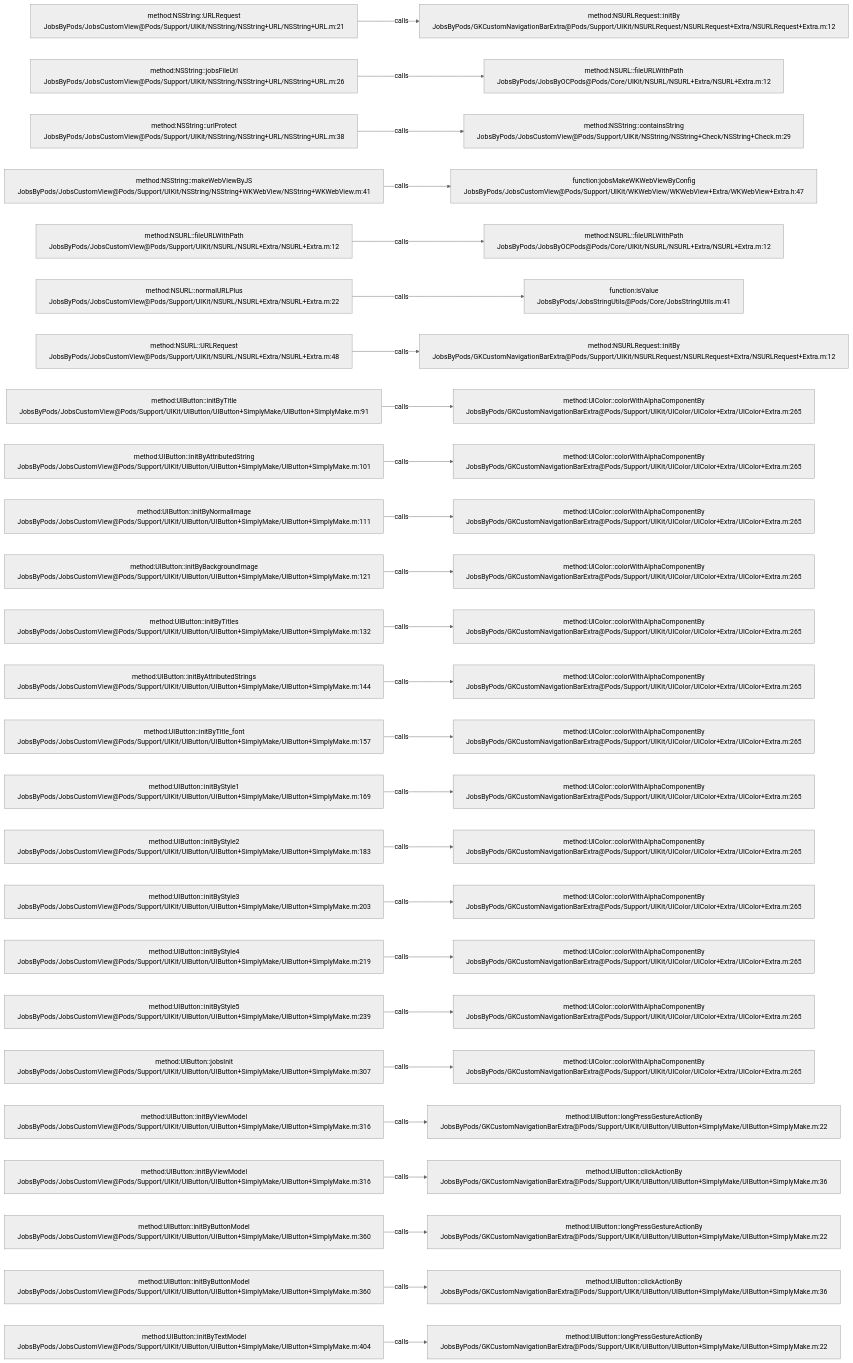
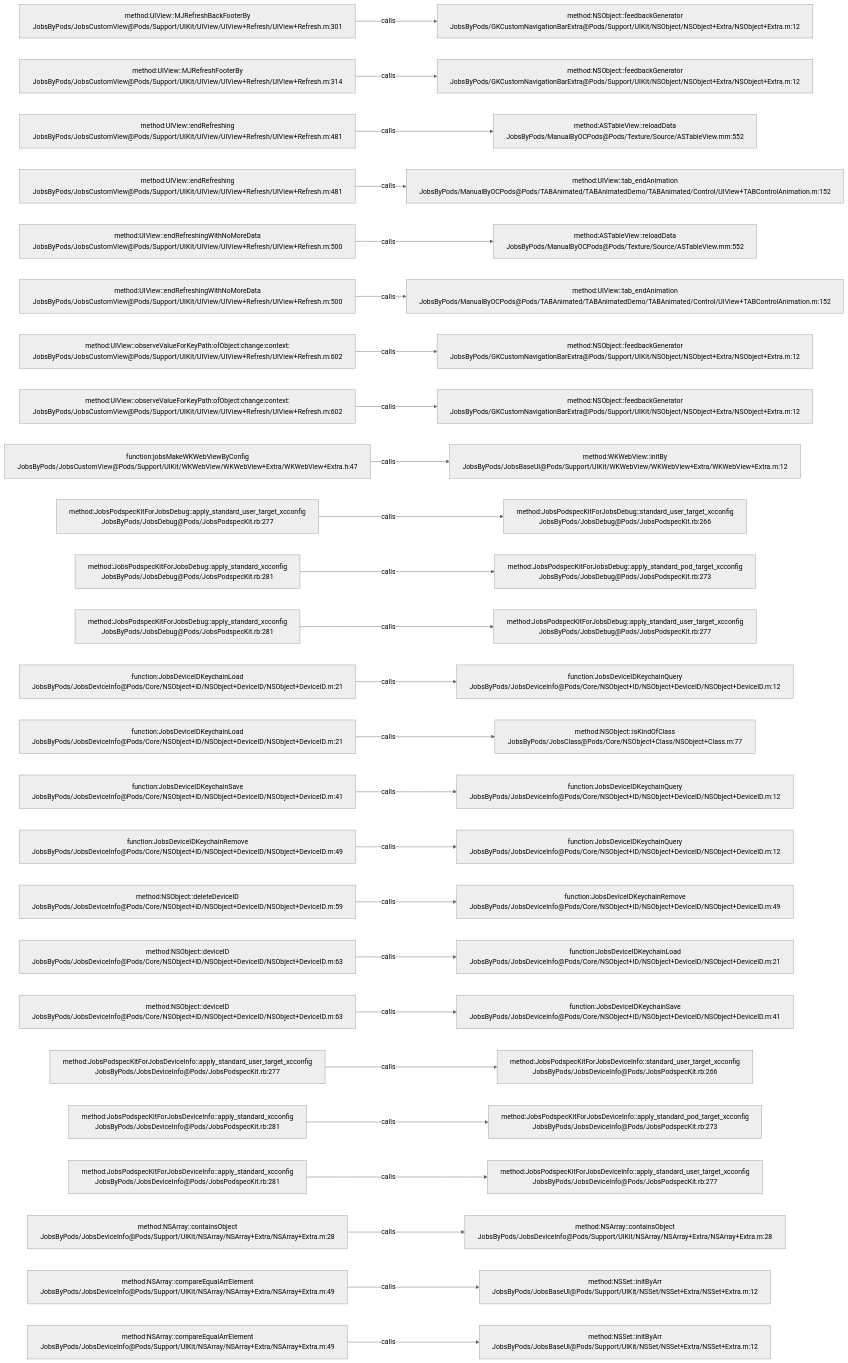
One commit to JobsKits/JobsOCBaseConfigDemo changed the diagram in .codegraph/codegraph.md/graphs/calls-088.md. Above: the diagram before and after it, drawn with Mermaid (neutral theme). The commit also changed 639 other files, not shown here.

````diff
--- a/.codegraph/codegraph.md/graphs/calls-088.md
+++ b/.codegraph/codegraph.md/graphs/calls-088.md
@@ -13,78 +13,78 @@
 ```mermaid
 flowchart LR
-  S1["method:NSString::URLRequest<br/>JobsByPods/JobsCustomView@Pods/Support/UIKit/NSString/NSString+URL/NSString+URL.m:21"]
-  T1["method:NSURLRequest::initBy<br/>JobsByPods/GKCustomNavigationBarExtra@Pods/Support/UIKit/NSURLRequest/NSURLRequest+Extra/NSURLRequest+Extra.m:12"]
+  S1["method:UIView::MJRefreshBackFooterBy<br/>JobsByPods/JobsCustomView@Pods/Support/UIKit/UIView/UIView+Refresh/UIView+Refresh.m:301"]
+  T1["method:NSObject::feedbackGenerator<br/>JobsByPods/GKCustomNavigationBarExtra@Pods/Support/UIKit/NSObject/NSObject+Extra/NSObject+Extra.m:12"]
   S1 -->|calls| T1
-  S2["method:NSString::jobsFileUrl<br/>JobsByPods/JobsCustomView@Pods/Support/UIKit/NSString/NSString+URL/NSString+URL.m:26"]
-  T2["method:NSURL::fileURLWithPath<br/>JobsByPods/JobsByOCPods@Pods/Core/UIKit/NSURL/NSURL+Extra/NSURL+Extra.m:12"]
+  S2["method:UIView::MJRefreshFooterBy<br/>JobsByPods/JobsCustomView@Pods/Support/UIKit/UIView/UIView+Refresh/UIView+Refresh.m:314"]
+  T2["method:NSObject::feedbackGenerator<br/>JobsByPods/GKCustomNavigationBarExtra@Pods/Support/UIKit/NSObject/NSObject+Extra/NSObject+Extra.m:12"]
   S2 -->|calls| T2
-  S3["method:NSString::urlProtect<br/>JobsByPods/JobsCustomView@Pods/Support/UIKit/NSString/NSString+URL/NSString+URL.m:38"]
-  T3["method:NSString::containsString<br/>JobsByPods/JobsCustomView@Pods/Support/UIKit/NSString/NSString+Check/NSString+Check.m:29"]
+  S3["method:UIView::endRefreshing<br/>JobsByPods/JobsCustomView@Pods/Support/UIKit/UIView/UIView+Refresh/UIView+Refresh.m:481"]
+  T3["method:ASTableView::reloadData<br/>JobsByPods/ManualByOCPods@Pods/Texture/Source/ASTableView.mm:552"]
   S3 -->|calls| T3
-  S4["method:NSString::makeWebViewByJS<br/>JobsByPods/JobsCustomView@Pods/Support/UIKit/NSString/NSString+WKWebView/NSString+WKWebView.m:41"]
-  T4["function:jobsMakeWKWebViewByConfig<br/>JobsByPods/JobsCustomView@Pods/Support/UIKit/WKWebView/WKWebView+Extra/WKWebView+Extra.h:47"]
+  S4["method:UIView::endRefreshing<br/>JobsByPods/JobsCustomView@Pods/Support/UIKit/UIView/UIView+Refresh/UIView+Refresh.m:481"]
+  T4["method:UIView::tab_endAnimation<br/>JobsByPods/ManualByOCPods@Pods/TABAnimated/TABAnimatedDemo/TABAnimated/Control/UIView+TABControlAnimation.m:152"]
   S4 -->|calls| T4
-  S5["method:NSURL::fileURLWithPath<br/>JobsByPods/JobsCustomView@Pods/Support/UIKit/NSURL/NSURL+Extra/NSURL+Extra.m:12"]
-  T5["method:NSURL::fileURLWithPath<br/>JobsByPods/JobsByOCPods@Pods/Core/UIKit/NSURL/NSURL+Extra/NSURL+Extra.m:12"]
+  S5["method:UIView::endRefreshingWithNoMoreData<br/>JobsByPods/JobsCustomView@Pods/Support/UIKit/UIView/UIView+Refresh/UIView+Refresh.m:500"]
+  T5["method:ASTableView::reloadData<br/>JobsByPods/ManualByOCPods@Pods/Texture/Source/ASTableView.mm:552"]
   S5 -->|calls| T5
-  S6["method:NSURL::normalURLPlus<br/>JobsByPods/JobsCustomView@Pods/Support/UIKit/NSURL/NSURL+Extra/NSURL+Extra.m:22"]
-  T6["function:isValue<br/>JobsByPods/JobsStringUtils@Pods/Core/JobsStringUtils.m:41"]
+  S6["method:UIView::endRefreshingWithNoMoreData<br/>JobsByPods/JobsCustomView@Pods/Support/UIKit/UIView/UIView+Refresh/UIView+Refresh.m:500"]
+  T6["method:UIView::tab_endAnimation<br/>JobsByPods/ManualByOCPods@Pods/TABAnimated/TABAnimatedDemo/TABAnimated/Control/UIView+TABControlAnimation.m:152"]
   S6 -->|calls| T6
-  S7["method:NSURL::URLRequest<br/>JobsByPods/JobsCustomView@Pods/Support/UIKit/NSURL/NSURL+Extra/NSURL+Extra.m:48"]
-  T7["method:NSURLRequest::initBy<br/>JobsByPods/GKCustomNavigationBarExtra@Pods/Support/UIKit/NSURLRequest/NSURLRequest+Extra/NSURLRequest+Extra.m:12"]
+  S7["method:UIView::observeValueForKeyPath:ofObject:change:context:<br/>JobsByPods/JobsCustomView@Pods/Support/UIKit/UIView/UIView+Refresh/UIView+Refresh.m:602"]
+  T7["method:NSObject::feedbackGenerator<br/>JobsByPods/GKCustomNavigationBarExtra@Pods/Support/UIKit/NSObject/NSObject+Extra/NSObject+Extra.m:12"]
   S7 -->|calls| T7
-  S8["method:UIButton::initByTitle<br/>JobsByPods/JobsCustomView@Pods/Support/UIKit/UIButton/UIButton+SimplyMake/UIButton+SimplyMake.m:91"]
-  T8["method:UIColor::colorWithAlphaComponentBy<br/>JobsByPods/GKCustomNavigationBarExtra@Pods/Support/UIKit/UIColor/UIColor+Extra/UIColor+Extra.m:265"]
+  S8["method:UIView::observeValueForKeyPath:ofObject:change:context:<br/>JobsByPods/JobsCustomView@Pods/Support/UIKit/UIView/UIView+Refresh/UIView+Refresh.m:602"]
+  T8["method:NSObject::feedbackGenerator<br/>JobsByPods/GKCustomNavigationBarExtra@Pods/Support/UIKit/NSObject/NSObject+Extra/NSObject+Extra.m:12"]
   S8 -->|calls| T8
-  S9["method:UIButton::initByAttributedString<br/>JobsByPods/JobsCustomView@Pods/Support/UIKit/UIButton/UIButton+SimplyMake/UIButton+SimplyMake.m:101"]
-  T9["method:UIColor::colorWithAlphaComponentBy<br/>JobsByPods/GKCustomNavigationBarExtra@Pods/Support/UIKit/UIColor/UIColor+Extra/UIColor+Extra.m:265"]
+  S9["function:jobsMakeWKWebViewByConfig<br/>JobsByPods/JobsCustomView@Pods/Support/UIKit/WKWebView/WKWebView+Extra/WKWebView+Extra.h:47"]
+  T9["method:WKWebView::initBy<br/>JobsByPods/JobsBaseUI@Pods/Support/UIKit/WKWebView/WKWebView+Extra/WKWebView+Extra.m:12"]
   S9 -->|calls| T9
-  S10["method:UIButton::initByNormalImage<br/>JobsByPods/JobsCustomView@Pods/Support/UIKit/UIButton/UIButton+SimplyMake/UIButton+SimplyMake.m:111"]
-  T10["method:UIColor::colorWithAlphaComponentBy<br/>JobsByPods/GKCustomNavigationBarExtra@Pods/Support/UIKit/UIColor/UIColor+Extra/UIColor+Extra.m:265"]
+  S10["method:JobsPodspecKitForJobsDebug::apply_standard_user_target_xcconfig<br/>JobsByPods/JobsDebug@Pods/JobsPodspecKit.rb:277"]
+  T10["method:JobsPodspecKitForJobsDebug::standard_user_target_xcconfig<br/>JobsByPods/JobsDebug@Pods/JobsPodspecKit.rb:266"]
   S10 -->|calls| T10
-  S11["method:UIButton::initByBackgroundImage<br/>JobsByPods/JobsCustomView@Pods/Support/UIKit/UIButton/UIButton+SimplyMake/UIButton+SimplyMake.m:121"]
-  T11["method:UIColor::colorWithAlphaComponentBy<br/>JobsByPods/GKCustomNavigationBarExtra@Pods/Support/UIKit/UIColor/UIColor+Extra/UIColor+Extra.m:265"]
+  S11["method:JobsPodspecKitForJobsDebug::apply_standard_xcconfig<br/>JobsByPods/JobsDebug@Pods/JobsPodspecKit.rb:281"]
+  T11["method:JobsPodspecKitForJobsDebug::apply_standard_pod_target_xcconfig<br/>JobsByPods/JobsDebug@Pods/JobsPodspecKit.rb:273"]
   S11 -->|calls| T11
-  S12["method:UIButton::initByTitles<br/>JobsByPods/JobsCustomView@Pods/Support/UIKit/UIButton/UIButton+SimplyMake/UIButton+SimplyMake.m:132"]
-  T12["method:UIColor::colorWithAlphaComponentBy<br/>JobsByPods/GKCustomNavigationBarExtra@Pods/Support/UIKit/UIColor/UIColor+Extra/UIColor+Extra.m:265"]
+  S12["method:JobsPodspecKitForJobsDebug::apply_standard_xcconfig<br/>JobsByPods/JobsDebug@Pods/JobsPodspecKit.rb:281"]
+  T12["method:JobsPodspecKitForJobsDebug::apply_standard_user_target_xcconfig<br/>JobsByPods/JobsDebug@Pods/JobsPodspecKit.rb:277"]
   S12 -->|calls| T12
-  S13["method:UIButton::initByAttributedStrings<br/>JobsByPods/JobsCustomView@Pods/Support/UIKit/UIButton/UIButton+SimplyMake/UIButton+SimplyMake.m:144"]
-  T13["method:UIColor::colorWithAlphaComponentBy<br/>JobsByPods/GKCustomNavigationBarExtra@Pods/Support/UIKit/UIColor/UIColor+Extra/UIColor+Extra.m:265"]
+  S13["function:JobsDeviceIDKeychainLoad<br/>JobsByPods/JobsDeviceInfo@Pods/Core/NSObject+ID/NSObject+DeviceID/NSObject+DeviceID.m:21"]
+  T13["function:JobsDeviceIDKeychainQuery<br/>JobsByPods/JobsDeviceInfo@Pods/Core/NSObject+ID/NSObject+DeviceID/NSObject+DeviceID.m:12"]
   S13 -->|calls| T13
-  S14["method:UIButton::initByTitle_font<br/>JobsByPods/JobsCustomView@Pods/Support/UIKit/UIButton/UIButton+SimplyMake/UIButton+SimplyMake.m:157"]
-  T14["method:UIColor::colorWithAlphaComponentBy<br/>JobsByPods/GKCustomNavigationBarExtra@Pods/Support/UIKit/UIColor/UIColor+Extra/UIColor+Extra.m:265"]
+  S14["function:JobsDeviceIDKeychainLoad<br/>JobsByPods/JobsDeviceInfo@Pods/Core/NSObject+ID/NSObject+DeviceID/NSObject+DeviceID.m:21"]
+  T14["method:NSObject::isKindOfClass<br/>JobsByPods/JobsClass@Pods/Core/NSObject+Class/NSObject+Class.m:77"]
   S14 -->|calls| T14
-  S15["method:UIButton::initByStyle1<br/>JobsByPods/JobsCustomView@Pods/Support/UIKit/UIButton/UIButton+SimplyMake/UIButton+SimplyMake.m:169"]
-  T15["method:UIColor::colorWithAlphaComponentBy<br/>JobsByPods/GKCustomNavigationBarExtra@Pods/Support/UIKit/UIColor/UIColor+Extra/UIColor+Extra.m:265"]
+  S15["function:JobsDeviceIDKeychainSave<br/>JobsByPods/JobsDeviceInfo@Pods/Core/NSObject+ID/NSObject+DeviceID/NSObject+DeviceID.m:41"]
+  T15["function:JobsDeviceIDKeychainQuery<br/>JobsByPods/JobsDeviceInfo@Pods/Core/NSObject+ID/NSObject+DeviceID/NSObject+DeviceID.m:12"]
   S15 -->|calls| T15
-  S16["method:UIButton::initByStyle2<br/>JobsByPods/JobsCustomView@Pods/Support/UIKit/UIButton/UIButton+SimplyMake/UIButton+SimplyMake.m:183"]
-  T16["method:UIColor::colorWithAlphaComponentBy<br/>JobsByPods/GKCustomNavigationBarExtra@Pods/Support/UIKit/UIColor/UIColor+Extra/UIColor+Extra.m:265"]
+  S16["function:JobsDeviceIDKeychainRemove<br/>JobsByPods/JobsDeviceInfo@Pods/Core/NSObject+ID/NSObject+DeviceID/NSObject+DeviceID.m:49"]
+  T16["function:JobsDeviceIDKeychainQuery<br/>JobsByPods/JobsDeviceInfo@Pods/Core/NSObject+ID/NSObject+DeviceID/NSObject+DeviceID.m:12"]
   S16 -->|calls| T16
-  S17["method:UIButton::initByStyle3<br/>JobsByPods/JobsCustomView@Pods/Support/UIKit/UIButton/UIButton+SimplyMake/UIButton+SimplyMake.m:203"]
-  T17["method:UIColor::colorWithAlphaComponentBy<br/>JobsByPods/GKCustomNavigationBarExtra@Pods/Support/UIKit/UIColor/UIColor+Extra/UIColor+Extra.m:265"]
+  S17["method:NSObject::deleteDeviceID<br/>JobsByPods/JobsDeviceInfo@Pods/Core/NSObject+ID/NSObject+DeviceID/NSObject+DeviceID.m:59"]
+  T17["function:JobsDeviceIDKeychainRemove<br/>JobsByPods/JobsDeviceInfo@Pods/Core/NSObject+ID/NSObject+DeviceID/NSObject+DeviceID.m:49"]
   S17 -->|calls| T17
-  S18["method:UIButton::initByStyle4<br/>JobsByPods/JobsCustomView@Pods/Support/UIKit/UIButton/UIButton+SimplyMake/UIButton+SimplyMake.m:219"]
-  T18["method:UIColor::colorWithAlphaComponentBy<br/>JobsByPods/GKCustomNavigationBarExtra@Pods/Support/UIKit/UIColor/UIColor+Extra/UIColor+Extra.m:265"]
+  S18["method:NSObject::deviceID<br/>JobsByPods/JobsDeviceInfo@Pods/Core/NSObject+ID/NSObject+DeviceID/NSObject+DeviceID.m:63"]
+  T18["function:JobsDeviceIDKeychainLoad<br/>JobsByPods/JobsDeviceInfo@Pods/Core/NSObject+ID/NSObject+DeviceID/NSObject+DeviceID.m:21"]
   S18 -->|calls| T18
-  S19["method:UIButton::initByStyle5<br/>JobsByPods/JobsCustomView@Pods/Support/UIKit/UIButton/UIButton+SimplyMake/UIButton+SimplyMake.m:239"]
-  T19["method:UIColor::colorWithAlphaComponentBy<br/>JobsByPods/GKCustomNavigationBarExtra@Pods/Support/UIKit/UIColor/UIColor+Extra/UIColor+Extra.m:265"]
+  S19["method:NSObject::deviceID<br/>JobsByPods/JobsDeviceInfo@Pods/Core/NSObject+ID/NSObject+DeviceID/NSObject+DeviceID.m:63"]
+  T19["function:JobsDeviceIDKeychainSave<br/>JobsByPods/JobsDeviceInfo@Pods/Core/NSObject+ID/NSObject+DeviceID/NSObject+DeviceID.m:41"]
   S19 -->|calls| T19
-  S20["method:UIButton::jobsInit<br/>JobsByPods/JobsCustomView@Pods/Support/UIKit/UIButton/UIButton+SimplyMake/UIButton+SimplyMake.m:307"]
-  T20["method:UIColor::colorWithAlphaComponentBy<br/>JobsByPods/GKCustomNavigationBarExtra@Pods/Support/UIKit/UIColor/UIColor+Extra/UIColor+Extra.m:265"]
+  S20["method:JobsPodspecKitForJobsDeviceInfo::apply_standard_user_target_xcconfig<br/>JobsByPods/JobsDeviceInfo@Pods/JobsPodspecKit.rb:277"]
+  T20["method:JobsPodspecKitForJobsDeviceInfo::standard_user_target_xcconfig<br/>JobsByPods/JobsDeviceInfo@Pods/JobsPodspecKit.rb:266"]
   S20 -->|calls| T20
-  S21["method:UIButton::initByViewModel<br/>JobsByPods/JobsCustomView@Pods/Support/UIKit/UIButton/UIButton+SimplyMake/UIButton+SimplyMake.m:316"]
-  T21["method:UIButton::longPressGestureActionBy<br/>JobsByPods/GKCustomNavigationBarExtra@Pods/Support/UIKit/UIButton/UIButton+SimplyMake/UIButton+SimplyMake.m:22"]
+  S21["method:JobsPodspecKitForJobsDeviceInfo::apply_standard_xcconfig<br/>JobsByPods/JobsDeviceInfo@Pods/JobsPodspecKit.rb:281"]
+  T21["method:JobsPodspecKitForJobsDeviceInfo::apply_standard_pod_target_xcconfig<br/>JobsByPods/JobsDeviceInfo@Pods/JobsPodspecKit.rb:273"]
   S21 -->|calls| T21
-  S22["method:UIButton::initByViewModel<br/>JobsByPods/JobsCustomView@Pods/Support/UIKit/UIButton/UIButton+SimplyMake/UIButton+SimplyMake.m:316"]
-  T22["method:UIButton::clickActionBy<br/>JobsByPods/GKCustomNavigationBarExtra@Pods/Support/UIKit/UIButton/UIButton+SimplyMake/UIButton+SimplyMake.m:36"]
+  S22["method:JobsPodspecKitForJobsDeviceInfo::apply_standard_xcconfig<br/>JobsByPods/JobsDeviceInfo@Pods/JobsPodspecKit.rb:281"]
+  T22["method:JobsPodspecKitForJobsDeviceInfo::apply_standard_user_target_xcconfig<br/>JobsByPods/JobsDeviceInfo@Pods/JobsPodspecKit.rb:277"]
   S22 -->|calls| T22
-  S23["method:UIButton::initByButtonModel<br/>JobsByPods/JobsCustomView@Pods/Support/UIKit/UIButton/UIButton+SimplyMake/UIButton+SimplyMake.m:360"]
-  T23["method:UIButton::longPressGestureActionBy<br/>JobsByPods/GKCustomNavigationBarExtra@Pods/Support/UIKit/UIButton/UIButton+SimplyMake/UIButton+SimplyMake.m:22"]
+  S23["method:NSArray::containsObject<br/>JobsByPods/JobsDeviceInfo@Pods/Support/UIKit/NSArray/NSArray+Extra/NSArray+Extra.m:28"]
+  T23["method:NSArray::containsObject<br/>JobsByPods/JobsDeviceInfo@Pods/Support/UIKit/NSArray/NSArray+Extra/NSArray+Extra.m:28"]
   S23 -->|calls| T23
-  S24["method:UIButton::initByButtonModel<br/>JobsByPods/JobsCustomView@Pods/Support/UIKit/UIButton/UIButton+SimplyMake/UIButton+SimplyMake.m:360"]
-  T24["method:UIButton::clickActionBy<br/>JobsByPods/GKCustomNavigationBarExtra@Pods/Support/UIKit/UIButton/UIButton+SimplyMake/UIButton+SimplyMake.m:36"]
+  S24["method:NSArray::compareEqualArrElement<br/>JobsByPods/JobsDeviceInfo@Pods/Support/UIKit/NSArray/NSArray+Extra/NSArray+Extra.m:49"]
+  T24["method:NSSet::initByArr<br/>JobsByPods/JobsBaseUI@Pods/Support/UIKit/NSSet/NSSet+Extra/NSSet+Extra.m:12"]
   S24 -->|calls| T24
-  S25["method:UIButton::initByTextModel<br/>JobsByPods/JobsCustomView@Pods/Support/UIKit/UIButton/UIButton+SimplyMake/UIButton+SimplyMake.m:404"]
-  T25["method:UIButton::longPressGestureActionBy<br/>JobsByPods/GKCustomNavigationBarExtra@Pods/Support/UIKit/UIButton/UIButton+SimplyMake/UIButton+SimplyMake.m:22"]
+  S25["method:NSArray::compareEqualArrElement<br/>JobsByPods/JobsDeviceInfo@Pods/Support/UIKit/NSArray/NSArray+Extra/NSArray+Extra.m:49"]
+  T25["method:NSSet::initByArr<br/>JobsByPods/JobsBaseUI@Pods/Support/UIKit/NSSet/NSSet+Extra/NSSet+Extra.m:12"]
   S25 -->|calls| T25
 ```
````
